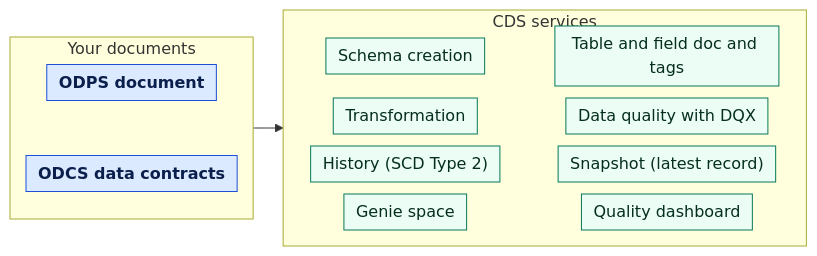
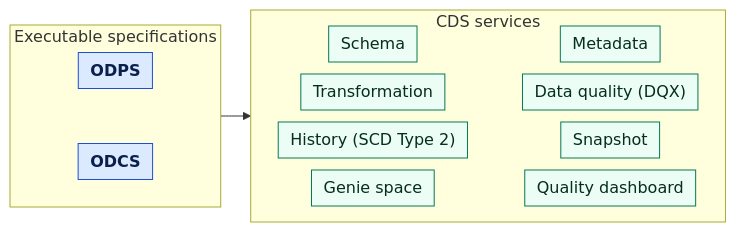
One commit to shbehna/cds changed the diagram in README.md. Above: the diagram before and after it, drawn with Mermaid.

Commit message:
Update doc (#28)

````diff
--- a/README.md
+++ b/README.md
@@ -17,33 +17,33 @@
 ```mermaid
 %%{init: {"flowchart": {"nodeSpacing": 12, "rankSpacing": 30, "padding": 6}}}%%
 flowchart LR
-    subgraph documents [Your documents]
+    subgraph documents [Executable specifications]
         direction TB
-        odps["<b>ODPS document</b>"]
-        odcs["<b>ODCS data contracts</b>"]
+        odps["<b>ODPS</b>"]
+        odcs["<b>ODCS</b>"]
     end
 
     subgraph services [CDS services]
         direction LR
-        schema["Schema creation"]
-        metadata["Table and field doc and tags"]
+        schema["Schema"]
+        metadata["Metadata"]
         transformation["Transformation"]
-        quality["Data quality with DQX"]
+        quality["Data quality (DQX)"]
         scd["History (SCD Type 2)"]
-        snapshot["Snapshot (latest record)"]
+        snapshot["Snapshot"]
         genie["Genie space"]
         dashboard["Quality dashboard"]
     end
 
     odps ~~~ odcs
     schema ~~~ metadata
     transformation ~~~ quality
     scd ~~~ snapshot
     genie ~~~ dashboard
     documents --> services
 
     classDef document fill:#dbeafe,stroke:#1d4ed8,color:#0b1f4d
     classDef service fill:#ecfdf5,stroke:#047857,color:#052e1f
     class odps,odcs document
     class schema,metadata,transformation,quality,scd,snapshot,genie,dashboard service
 ```
````
